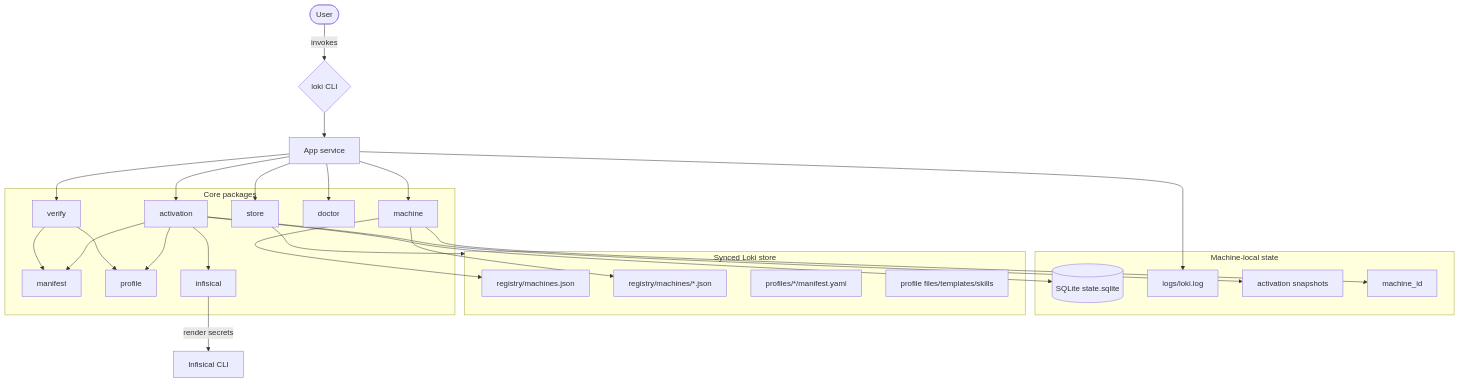
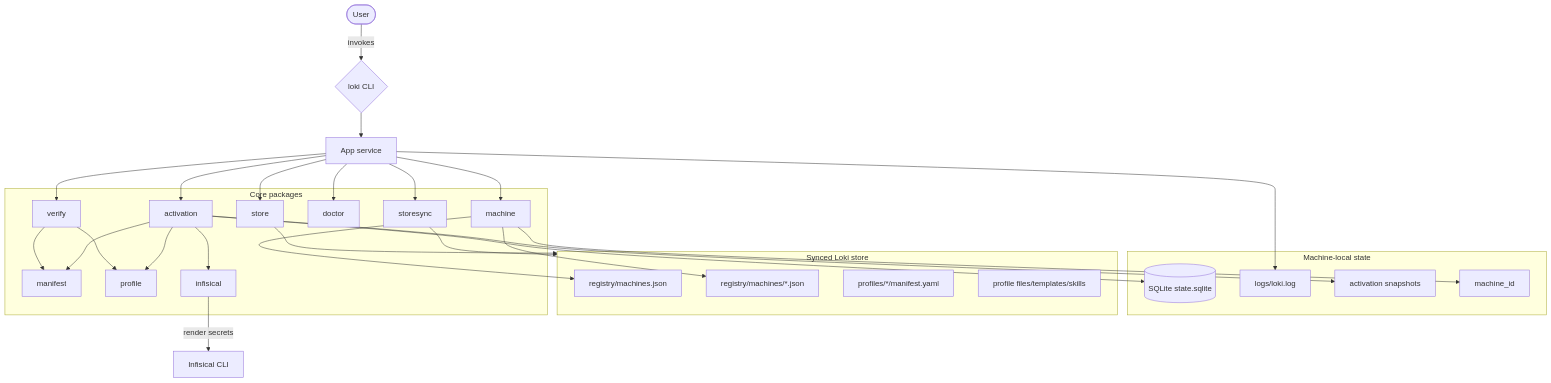
The first of 4 diagrams in docs/ARCHITECTURE.md (asudbring/loki-profile-manager), drawn with Mermaid before and after one commit. The commit also changed other lines of this file and 13 other files, not shown here.

````diff
--- a/docs/ARCHITECTURE.md
+++ b/docs/ARCHITECTURE.md
@@ -7,54 +7,57 @@
 ```mermaid
 flowchart TB
     User([User])
     CLI{loki CLI}
     App[App service]
 
     subgraph LocalState[Machine-local state]
       DB[(SQLite state.sqlite)]
       Logs[logs/loki.log]
       Snapshots[activation snapshots]
       MachineID[machine_id]
     end
 
     subgraph Store[Synced Loki store]
       Registry[registry/machines.json]
       Heartbeats[registry/machines/*.json]
       Profiles[profiles/*/manifest.yaml]
       Files[profile files/templates/skills]
     end
 
     subgraph Core[Core packages]
       StorePkg[store]
       MachinePkg[machine]
       ManifestPkg[manifest]
       ProfilePkg[profile]
       VerifyPkg[verify]
       DoctorPkg[doctor]
+      SyncPkg[storesync]
       ActivationPkg[activation]
       InfisicalPkg[infisical]
     end
 
     InfisicalCLI[Infisical CLI]
 
     User -->|invokes| CLI
     CLI --> App
     App --> StorePkg
     App --> MachinePkg
     App --> VerifyPkg
     App --> DoctorPkg
+    App --> SyncPkg
     App --> ActivationPkg
     StorePkg --> Store
     MachinePkg --> Registry
     MachinePkg --> Heartbeats
     MachinePkg --> MachineID
     VerifyPkg --> ManifestPkg
     VerifyPkg --> ProfilePkg
     ActivationPkg --> ManifestPkg
+    SyncPkg --> Store
     ActivationPkg --> ProfilePkg
     ActivationPkg --> DB
     ActivationPkg --> Snapshots
     ActivationPkg --> InfisicalPkg
     InfisicalPkg -->|render secrets| InfisicalCLI
     App --> Logs
 ```
````
